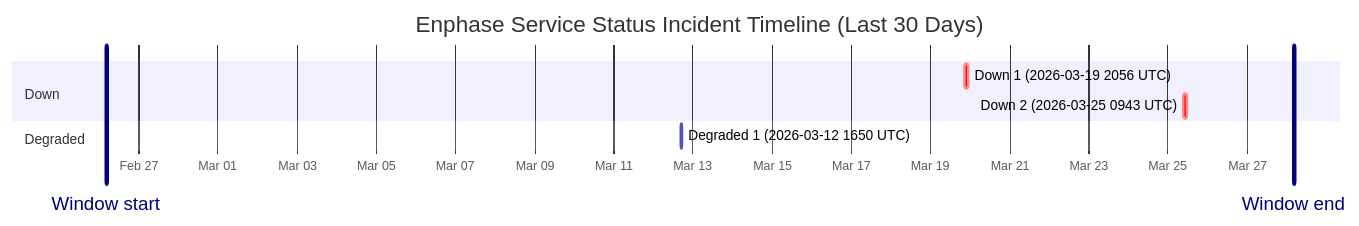
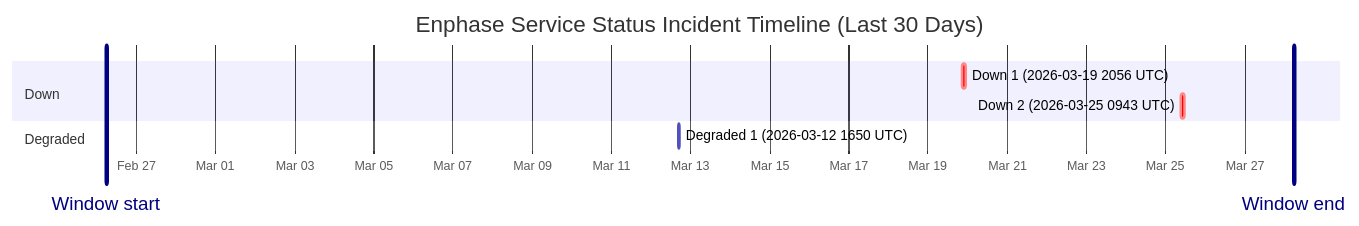
Before and after one commit to barneyonline/ha-enphase-ev-charger: the diagram in wiki/Service-Status-History.md, drawn with Mermaid. The commit also changed other lines of this file and 3 other files, not shown here.

````diff
--- a/wiki/Service-Status-History.md
+++ b/wiki/Service-Status-History.md
@@ -14,13 +14,13 @@
 ```mermaid
 gantt
     title Enphase Service Status Incident Timeline (Last 30 Days)
     dateFormat  YYYY-MM-DDTHH:mm:ss
     axisFormat  %b %d
-    Window start :vert, window-start, 2026-02-26T04:10:56, 0ms
-    Window end :vert, window-end, 2026-03-28T04:10:56, 0ms
+    Window start :vert, window-start, 2026-02-26T05:50:38, 0ms
+    Window end :vert, window-end, 2026-03-28T05:50:38, 0ms
     section Down
     Down 1 (2026-03-19 2056 UTC) :crit, down-1, 2026-03-19T20:56:20, 145m
     Down 2 (2026-03-25 0943 UTC) :crit, down-2, 2026-03-25T09:43:28, 111m
     section Degraded
     Degraded 1 (2026-03-12 1650 UTC) :active, degraded-1, 2026-03-12T16:50:43, 60m
 ```
````
